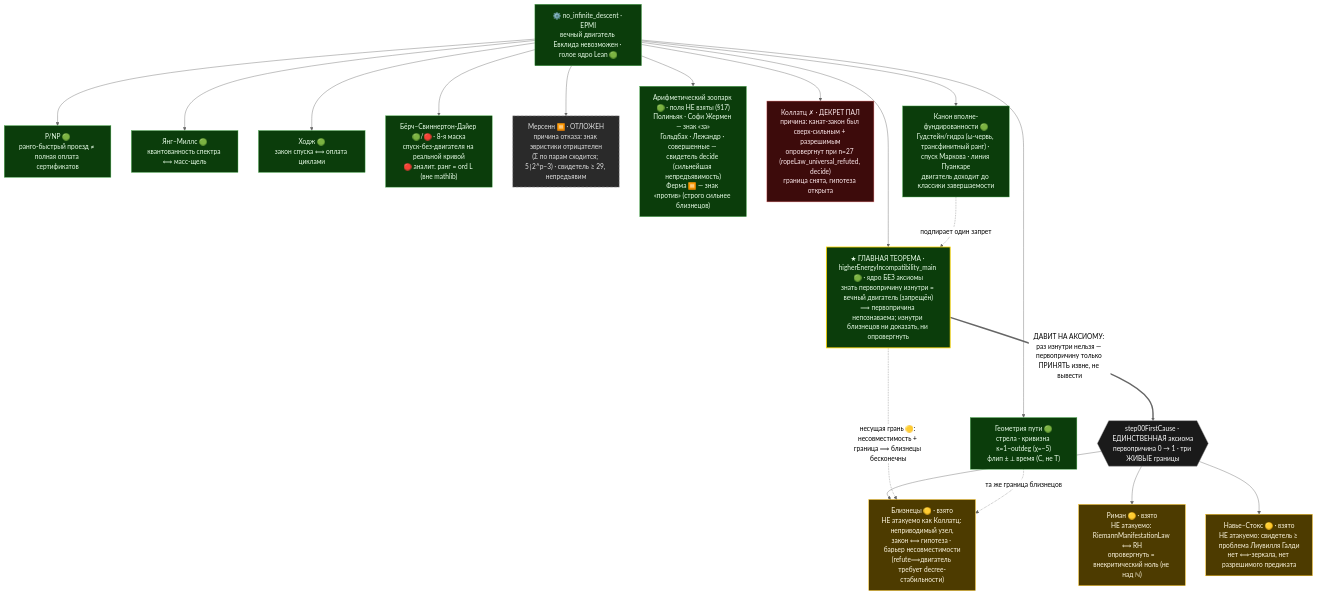
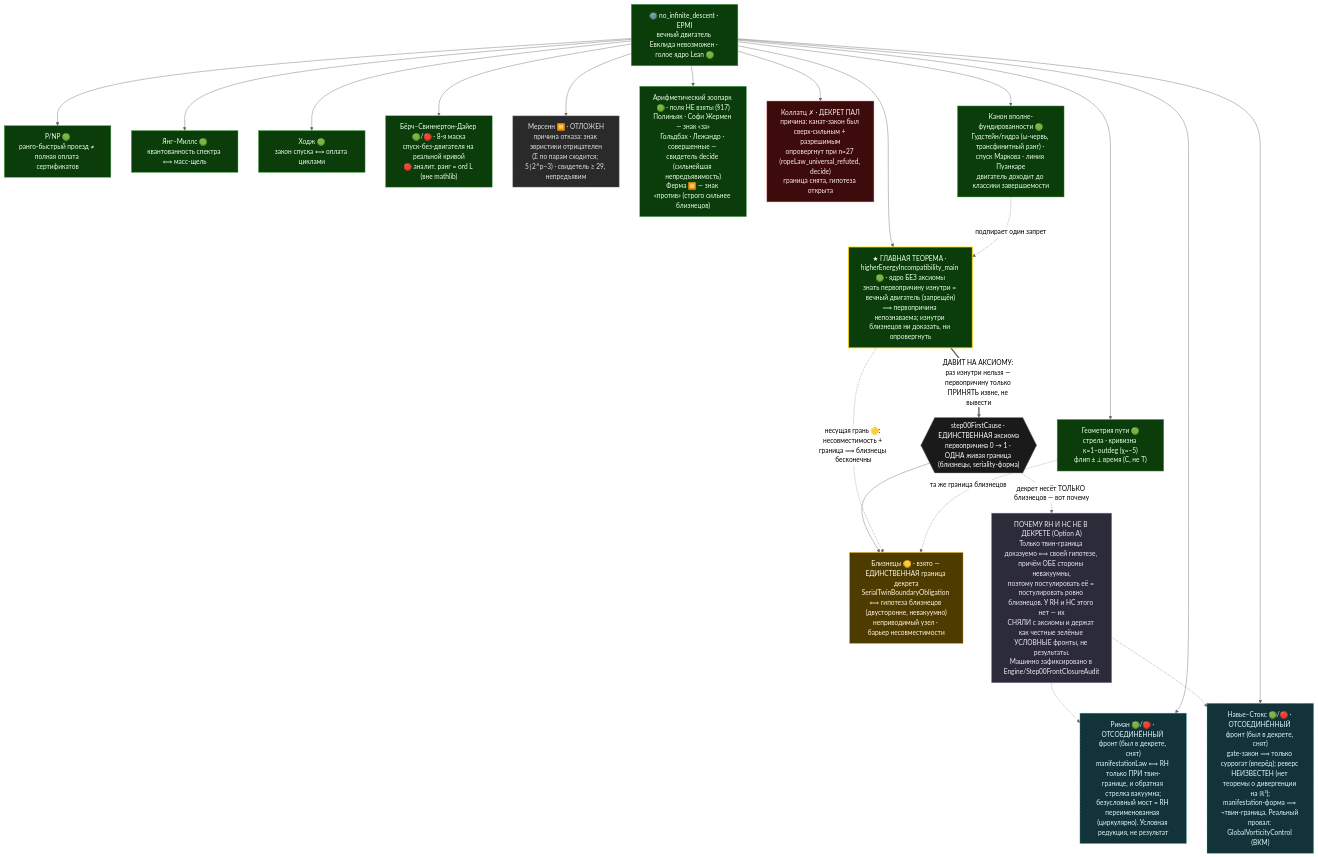
One commit to elamaunt/Euclids-path changed the diagram in README.ru.md. Above: the diagram before and after it, drawn with Mermaid (neutral theme). The commit also changed other lines of this file and 3 other files, not shown here.

First line of the commit message:
Docs: graph WHY block + honest RH/NS detachment status (README EN+RU), taint 47->16

````diff
--- a/README.ru.md
+++ b/README.ru.md
@@ -76,41 +76,51 @@
 ```mermaid
 flowchart TD
     ROOT["⚙️ no_infinite_descent · EPMI<br/>вечный двигатель Евклида невозможен · голое ядро Lean 🟢"]
 
     ROOT --> MT["★ ГЛАВНАЯ ТЕОРЕМА · higherEnergyIncompatibility_main 🟢 · ядро БЕЗ аксиомы<br/>знать первопричину изнутри = вечный двигатель (запрещён)<br/>⟹ первопричина непознаваема; изнутри близнецов ни доказать, ни опровергнуть"]
-    MT ==>|"ДАВИТ НА АКСИОМУ: раз изнутри нельзя — первопричину только ПРИНЯТЬ извне, не вывести"| FC{{"step00FirstCause · ЕДИНСТВЕННАЯ аксиома<br/>первопричина 0 → 1 · три ЖИВЫЕ границы"}}
+    MT ==>|"ДАВИТ НА АКСИОМУ: раз изнутри нельзя — первопричину только ПРИНЯТЬ извне, не вывести"| FC{{"step00FirstCause · ЕДИНСТВЕННАЯ аксиома<br/>первопричина 0 → 1 · ОДНА живая граница (близнецы, seriality-форма)"}}
 
-    FC --> TP["Близнецы 🟡 · взято<br/>НЕ атакуемо как Коллатц: неприводимый узел,<br/>закон ⟺ гипотеза · барьер несовместимости<br/>(refute⟹двигатель требует decree-стабильности)"]
-    FC --> RH["Риман 🟡 · взято<br/>НЕ атакуемо: RiemannManifestationLaw ⟺ RH<br/>опровергнуть = внекритический ноль (не над ℕ)"]
-    FC --> NS["Навье–Стокс 🟡 · взято<br/>НЕ атакуемо: свидетель ≥ проблема Лиувилля Галди<br/>нет ⟺-зеркала, нет разрешимого предиката"]
+    FC --> TP["Близнецы 🟡 · взято — ЕДИНСТВЕННАЯ граница декрета<br/>SerialTwinBoundaryObligation ⟺ гипотеза близнецов (двусторонне, невакуумно)<br/>неприводимый узел · барьер несовместимости"]
     MT -.->|"несущая грань 🟡: несовместимость + граница ⟹ близнецы бесконечны"| TP
+
+    FC -.->|"декрет несёт ТОЛЬКО близнецов — вот почему"| WHY
+    WHY["ПОЧЕМУ RH И НС НЕ В ДЕКРЕТЕ (Option A)<br/>Только твин-граница доказуемо ⟺ своей гипотезе, причём ОБЕ стороны невакуумны,<br/>поэтому постулировать её = постулировать ровно близнецов. У RH и НС этого нет — их<br/>СНЯЛИ с аксиомы и держат как честные зелёные УСЛОВНЫЕ фронты, не результаты.<br/>Машинно зафиксировано в Engine/Step00FrontClosureAudit"]
+    WHY -.-> RH
+    WHY -.-> NS
+
+    ROOT --> RH["Риман 🟢/🔴 · ОТСОЕДИНЁННЫЙ фронт (был в декрете, снят)<br/>manifestationLaw ⟺ RH только ПРИ твин-границе, и обратная стрелка вакуумна;<br/>безусловный мост = RH переименованная (циркулярно). Условная редукция, не результат"]
+    ROOT --> NS["Навье–Стокс 🟢/🔴 · ОТСОЕДИНЁННЫЙ фронт (был в декрете, снят)<br/>gate-закон ⟹ только суррогат (вперёд); реверс НЕИЗВЕСТЕН (нет теоремы о дивергенции на ℝ³);<br/>manifestation-форма ⟹ ¬твин-граница. Реальный провал: GlobalVorticityControl (BKM)"]
 
     ROOT --> PNP["P/NP 🟢<br/>ранго-быстрый проезд ≠ полная оплата сертификатов"]
     ROOT --> YM["Янг–Миллс 🟢<br/>квантованность спектра ⟺ масс-щель"]
     ROOT --> HC["Ходж 🟢<br/>закон спуска ⟺ оплата циклами"]
     ROOT --> BSD["Бёрч–Свиннертон-Дайер 🟢/🔴 · 8-я маска<br/>спуск-без-двигателя на реальной кривой<br/>🔴 аналит. ранг = ord L (вне mathlib)"]
 
     ROOT --> MP["Мерсенн ⏸️ · ОТЛОЖЕН<br/>причина отказа: знак эвристики отрицателен<br/>(Σ по парам сходится; 5∣2^p−3) · свидетель ≥ 29, непредъявим"]
     ROOT --> ZOO["Арифметический зоопарк 🟢 · поля НЕ взяты (§17)<br/>Полиньяк · Софи Жермен — знак «за»<br/>Гольдбах · Лежандр · совершенные — свидетель decide (сильнейшая непредъявимость)<br/>Ферма ⏸️ — знак «против» (строго сильнее близнецов)"]
 
     ROOT --> CL["Коллатц ✗ · ДЕКРЕТ ПАЛ<br/>причина: канат-закон был сверх-сильным + разрешимым<br/>опровергнут при n=27 (ropeLaw_universal_refuted, decide)<br/>граница снята, гипотеза открыта"]
 
     ROOT --> GEO["Геометрия пути 🟢<br/>стрела · кривизна κ=1−outdeg (χ=−5)<br/>флип ± ⟂ время (C, не T)"]
     GEO -. та же граница близнецов .-> TP
 
     ROOT --> WF["Канон вполне-фундированности 🟢<br/>Гудстейн/гидра (ω-червь, трансфинитный ранг) · спуск Маркова · линия Пуанкаре<br/>двигатель доходит до классики завершаемости"]
     WF -. подпирает один запрет .-> MT
 
     classDef green fill:#0b3d0b,stroke:#4caf50,color:#eaffea;
     classDef apex fill:#0b3d0b,stroke:#ffd700,stroke-width:2px,color:#eaffea;
     classDef yellow fill:#4d3b00,stroke:#ffc107,color:#fff8e1;
     classDef deferred fill:#2a2a2a,stroke:#9e9e9e,color:#e0e0e0,stroke-dasharray: 6 4;
     classDef fallen fill:#3d0b0b,stroke:#e57373,color:#ffebee;
     classDef rootnode fill:#1a1a1a,stroke:#888,color:#ffffff;
+    classDef detached fill:#12333a,stroke:#4dd0e1,color:#e0f7fa,stroke-dasharray: 5 3;
+    classDef note fill:#2b2b3a,stroke:#b39ddb,color:#ede7f6;
     class ROOT,PNP,YM,HC,BSD,ZOO,GEO,WF green;
     class MT apex;
-    class TP,RH,NS yellow;
+    class TP yellow;
+    class RH,NS detached;
+    class WHY note;
     class MP deferred;
     class CL fallen;
     class FC rootnode;
 ```
````
